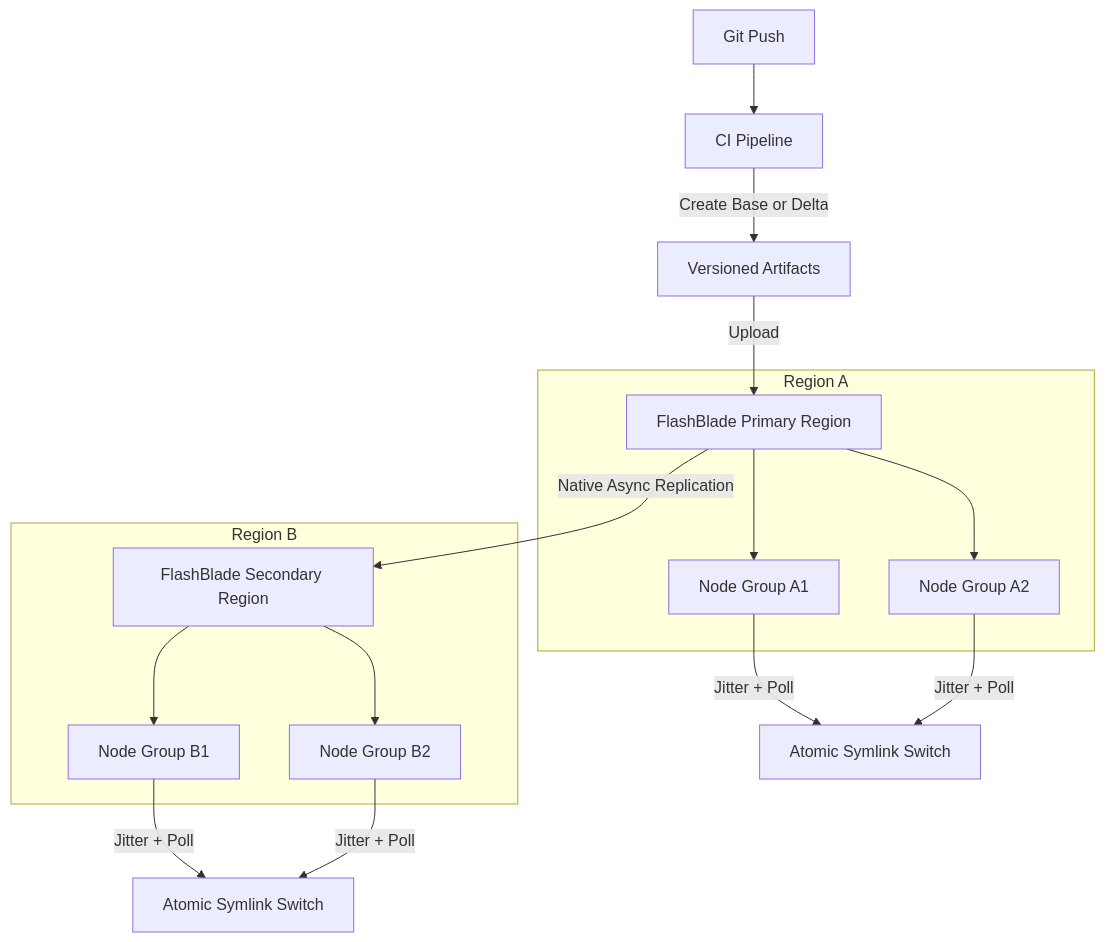
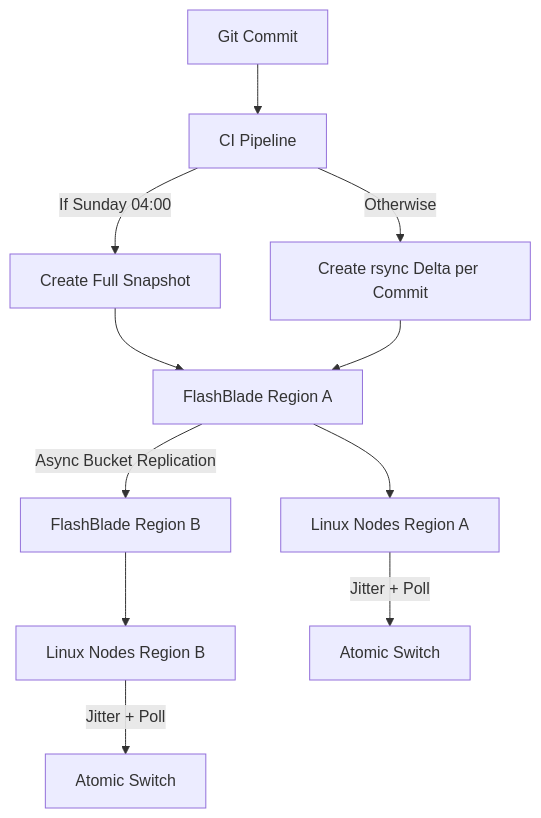
One commit to fsolen/gitpath changed the diagram in topology.mermaid. Above: the diagram before and after it, drawn with Mermaid.

Commit message:
Update CI pipeline flowchart in topology.mermaid

```diff
--- a/topology.mermaid
+++ b/topology.mermaid
@@ -1,23 +1,17 @@
 flowchart TD
 
-    Dev[Git Push] --> CI[CI Pipeline]
+    Dev[Git Commit] --> CI[CI Pipeline]
 
-    CI -->|Create Base or Delta| Artifact[Versioned Artifacts]
-    Artifact -->|Upload| FB1[FlashBlade Primary Region]
+    CI -->|If Sunday 04:00| Full[Create Full Snapshot]
+    CI -->|Otherwise| Delta[Create rsync Delta per Commit]
 
-    FB1 -->|Native Async Replication| FB2[FlashBlade Secondary Region]
+    Full --> FB1[FlashBlade Region A]
+    Delta --> FB1
 
-    subgraph Region A
-        FB1 --> A1[Node Group A1]
-        FB1 --> A2[Node Group A2]
-    end
+    FB1 -->|Async Bucket Replication| FB2[FlashBlade Region B]
 
-    subgraph Region B
-        FB2 --> B1[Node Group B1]
-        FB2 --> B2[Node Group B2]
-    end
+    FB1 --> NodesA[Linux Nodes Region A]
+    FB2 --> NodesB[Linux Nodes Region B]
 
-    A1 -->|Jitter + Poll| SwitchA[Atomic Symlink Switch]
-    A2 -->|Jitter + Poll| SwitchA
-    B1 -->|Jitter + Poll| SwitchB[Atomic Symlink Switch]
-    B2 -->|Jitter + Poll| SwitchB
+    NodesA -->|Jitter + Poll| SwitchA[Atomic Switch]
+    NodesB -->|Jitter + Poll| SwitchB[Atomic Switch]
```
